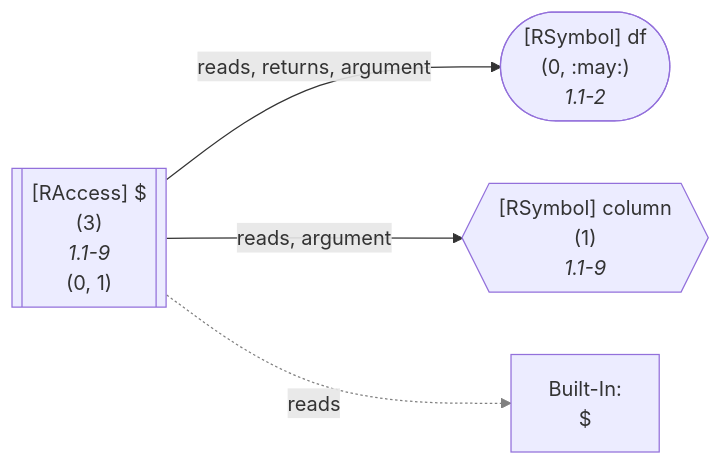
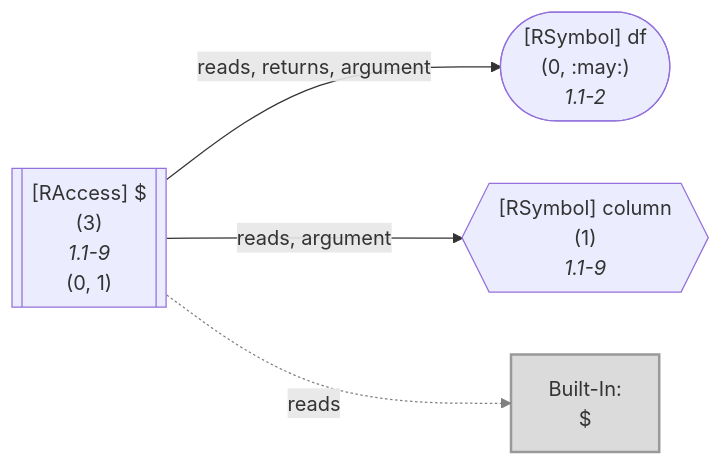
One commit to flowr-analysis/flowr changed the fifth of 48 diagrams in wiki/Dataflow Graph.md. Above: the diagram before and after it, drawn with Mermaid. The commit also changed other lines of this file and 4 other files, not shown here.

````diff
--- a/wiki/Dataflow Graph.md
+++ b/wiki/Dataflow Graph.md
@@ -500,19 +515,20 @@
 ```mermaid
 flowchart LR
     0(["`#91;RSymbol#93; df
       (0, :may:)
       *1.1-2*`"])
     1{{"`#91;RSymbol#93; column
       (1)
       *1.1-9*`"}}
     3[["`#91;RAccess#93; $
       (3)
       *1.1-9*
     (0, 1)`"]]
     built-in:_["`Built-In:
 $`"]
+    style built-in:_ stroke:gray,fill:lightgray,stroke-width:2px,opacity:.8;
     3 -->|"reads, returns, argument"| 0
     3 -->|"reads, argument"| 1
     3 -.->|"reads"| built-in:_
     linkStyle 2 stroke:gray;
 ```
````
